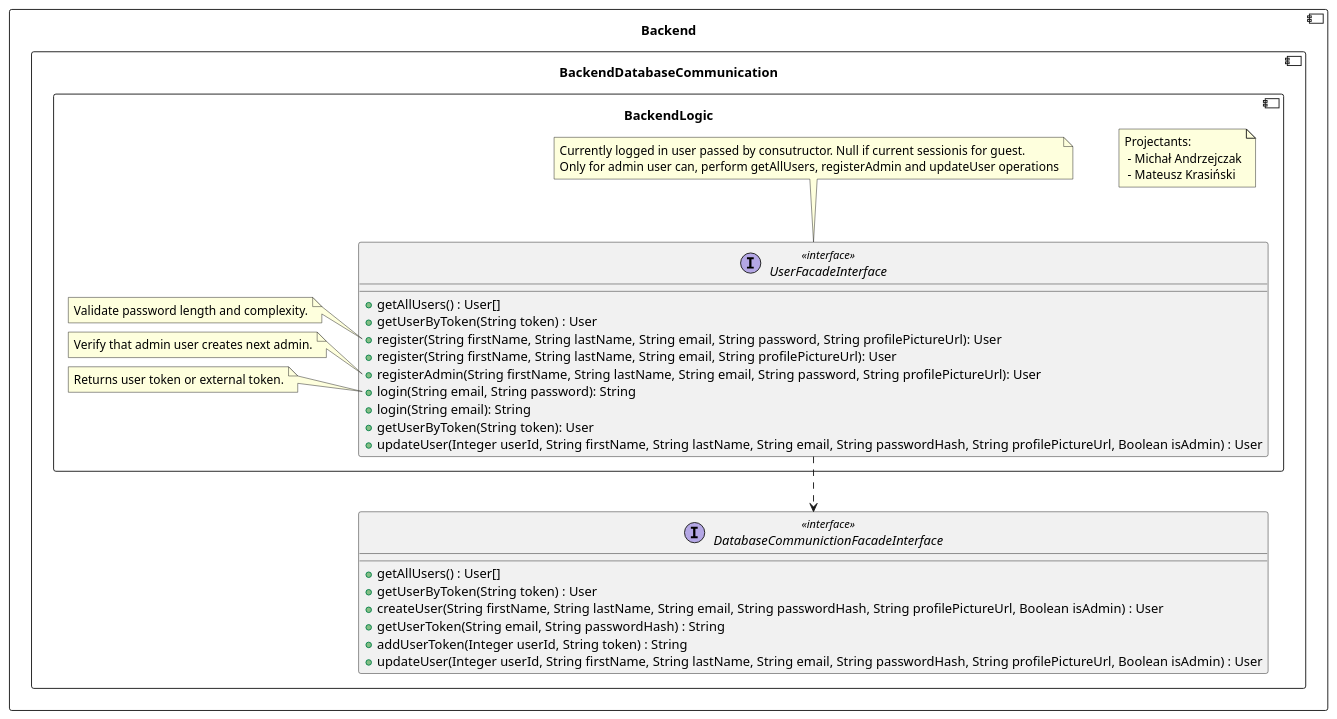
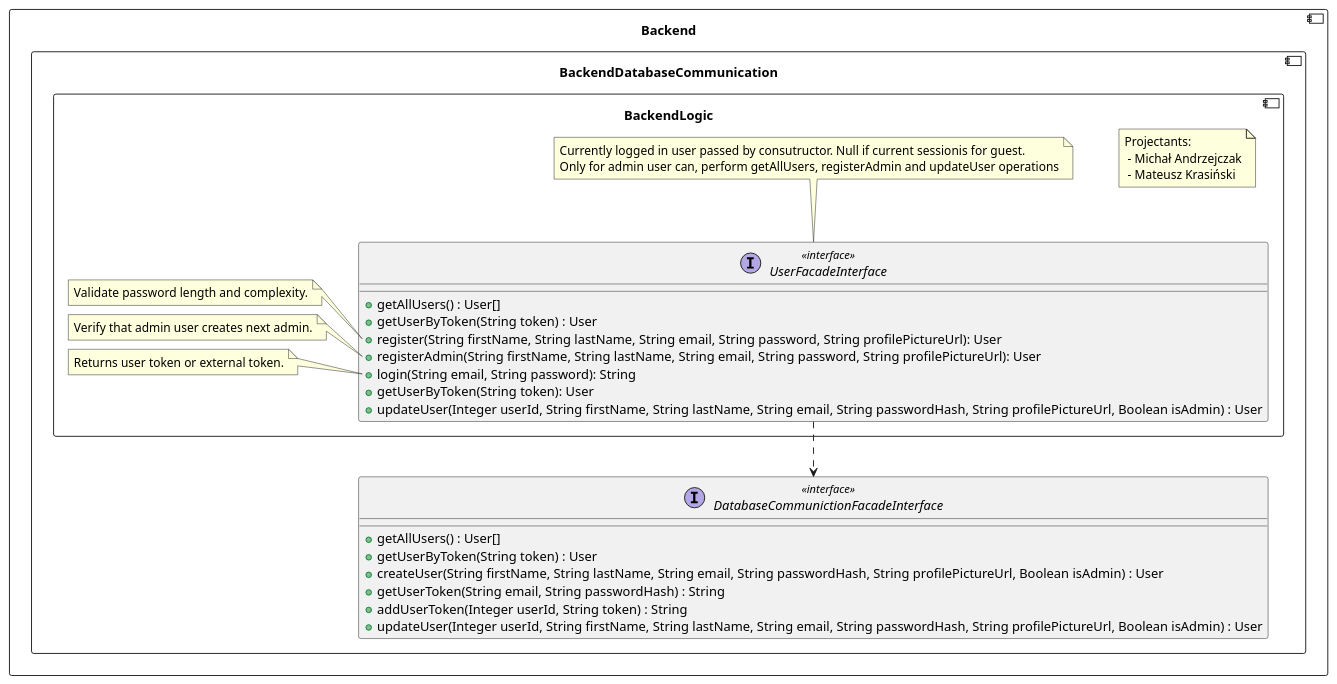
The second of 5 diagrams in backend/BackendLogic.md (RadekBucki/OpinionCollectorArchitecture), drawn with PlantUML before and after one commit. The commit also changed 2 other files, not shown here.

Commit message:
Add communication description

````diff
--- a/backend/BackendLogic.md
+++ b/backend/BackendLogic.md
@@ -27,54 +27,52 @@
 ```plantuml
 @startuml
 component Backend {
     component BackendDatabaseCommunication {
         interface DatabaseCommunictionFacadeInterface <<interface>>{
             + getAllUsers() : User[]
             + getUserByToken(String token) : User
             + createUser(String firstName, String lastName, String email, String passwordHash, String profilePictureUrl, Boolean isAdmin) : User
             + getUserToken(String email, String passwordHash) : String
             + addUserToken(Integer userId, String token) : String
             + updateUser(Integer userId, String firstName, String lastName, String email, String passwordHash, String profilePictureUrl, Boolean isAdmin) : User
         }
     
     component BackendLogic {
         note as Authors
             Projectants: 
              - Michał Andrzejczak
              - Mateusz Krasiński
         endnote
         
         UserFacadeInterface ..> DatabaseCommunictionFacadeInterface
         
         interface UserFacadeInterface <<interface>> {
             + getAllUsers() : User[]
             + getUserByToken(String token) : User
             + register(String firstName, String lastName, String email, String password, String profilePictureUrl): User
-            + register(String firstName, String lastName, String email, String profilePictureUrl): User
             + registerAdmin(String firstName, String lastName, String email, String password, String profilePictureUrl): User
             + login(String email, String password): String
-            + login(String email): String
             + getUserByToken(String token): User
             + updateUser(Integer userId, String firstName, String lastName, String email, String passwordHash, String profilePictureUrl, Boolean isAdmin) : User
         }
     
         note top of UserFacadeInterface
             Currently logged in user passed by consutructor. Null if current sessionis for guest.
             Only for admin user can, perform getAllUsers, registerAdmin and updateUser operations
         endnote
     
         note left of UserFacadeInterface::register
             Validate password length and complexity.
         endnote
     
         note left of UserFacadeInterface::registerAdmin
             Verify that admin user creates next admin.
         endnote
     
         note left of UserFacadeInterface::login
             Returns user token or external token.
         endnote
     }
 }
 @enduml 
 ```
````
